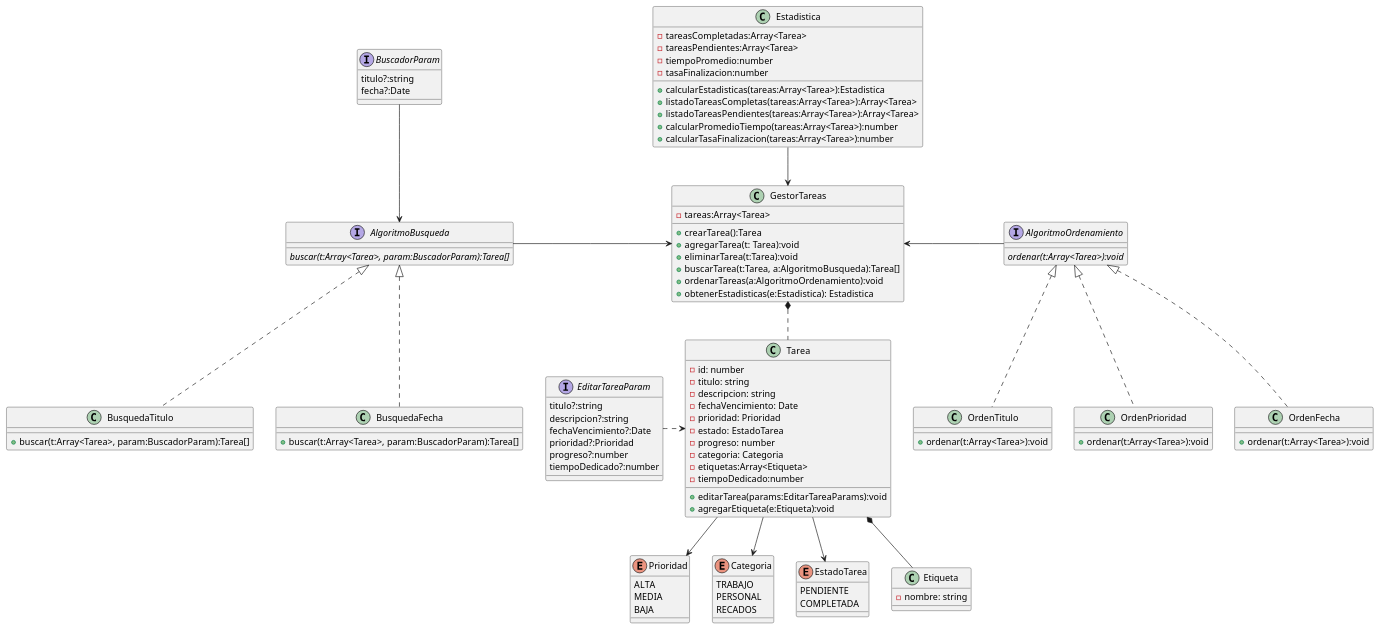
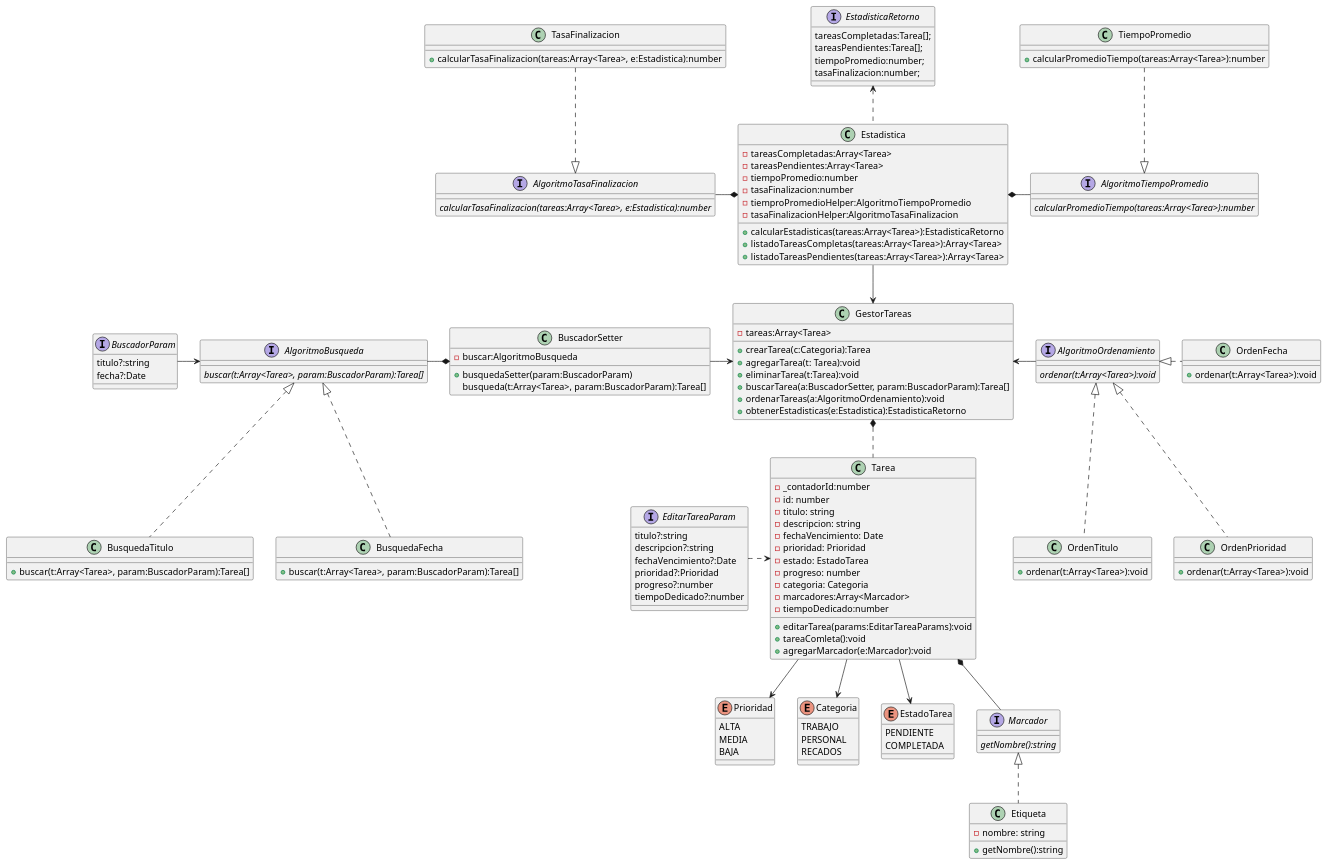
Before and after one commit to emmekka/todo_app: the diagram in docs/diagrama.puml, drawn with PlantUML. The commit also changed 15 other files, not shown here.

```diff
--- a/docs/diagrama.puml
+++ b/docs/diagrama.puml
@@ -1,117 +1,162 @@
 @startuml AppTareas
 
 enum Prioridad {
     ALTA
     MEDIA
     BAJA
 }
 
 enum Categoria {
     TRABAJO
     PERSONAL
     RECADOS
 }
 
 enum EstadoTarea {
     PENDIENTE
     COMPLETADA
 }
 
 interface EditarTareaParam {
     titulo?:string
     descripcion?:string
     fechaVencimiento?:Date
     prioridad?:Prioridad
     progreso?:number
     tiempoDedicado?:number
 }
 
+interface EstadisticaRetorno {
+    tareasCompletadas:Tarea[];
+    tareasPendientes:Tarea[];
+    tiempoPromedio:number;
+    tasaFinalizacion:number;
+}
+
 class Tarea {
+    -_contadorId:number
     -id: number
     -titulo: string
     -descripcion: string
     -fechaVencimiento: Date
     -prioridad: Prioridad
     -estado: EstadoTarea
     -progreso: number
     -categoria: Categoria
-    -etiquetas:Array<Etiqueta>
+    -marcadores:Array<Marcador>
     -tiempoDedicado:number
 
     +editarTarea(params:EditarTareaParams):void
-    +agregarEtiqueta(e:Etiqueta):void 
+    +tareaComleta():void
+    +agregarMarcador(e:Marcador):void 
 }
 
 
 class GestorTareas {
     -tareas:Array<Tarea>
 
-    +crearTarea():Tarea
+    +crearTarea(c:Categoria):Tarea
     +agregarTarea(t: Tarea):void
     +eliminarTarea(t:Tarea):void
-    +buscarTarea(t:Tarea, a:AlgoritmoBusqueda):Tarea[]
+    +buscarTarea(a:BuscadorSetter, param:BuscadorParam):Tarea[]
     +ordenarTareas(a:AlgoritmoOrdenamiento):void
-    +obtenerEstadisticas(e:Estadistica): Estadistica
+    +obtenerEstadisticas(e:Estadistica):EstadisticaRetorno
 }
 
 interface AlgoritmoBusqueda {
     <i>buscar(t:Array<Tarea>, param:BuscadorParam):Tarea[]
 }
 
 class BusquedaTitulo implements AlgoritmoBusqueda{
     +buscar(t:Array<Tarea>, param:BuscadorParam):Tarea[]
 }
 
 class BusquedaFecha implements AlgoritmoBusqueda{
     +buscar(t:Array<Tarea>, param:BuscadorParam):Tarea[]
 }
 
+class BuscadorSetter {
+    -buscar:AlgoritmoBusqueda
+
+    +busquedaSetter(param:BuscadorParam)
+    busqueda(t:Array<Tarea>, param:BuscadorParam):Tarea[]
+}
+
 interface BuscadorParam {
     titulo?:string
     fecha?:Date
 }
 
 interface AlgoritmoOrdenamiento {
     <i>ordenar(t:Array<Tarea>):void
 }
 
-class OrdenFecha implements AlgoritmoOrdenamiento{
+class OrdenFecha {
     +ordenar(t:Array<Tarea>):void
 }
 
 class OrdenTitulo implements AlgoritmoOrdenamiento{
     +ordenar(t:Array<Tarea>):void
 }
 
 class OrdenPrioridad implements AlgoritmoOrdenamiento{
     +ordenar(t:Array<Tarea>):void
 }
 
+interface Marcador {
+    <i>getNombre():string
+}
+
 class Etiqueta {
     -nombre: string
+    +getNombre():string
+}
+
+interface AlgoritmoTasaFinalizacion {
+    <i>calcularTasaFinalizacion(tareas:Array<Tarea>, e:Estadistica):number
+}
+
+class TasaFinalizacion  {
+    +calcularTasaFinalizacion(tareas:Array<Tarea>, e:Estadistica):number
+}
+
+interface AlgoritmoTiempoPromedio {
+    <i>calcularPromedioTiempo(tareas:Array<Tarea>):number
+}
+
+class TiempoPromedio  {
+    +calcularPromedioTiempo(tareas:Array<Tarea>):number
 }
 
 class Estadistica {
     -tareasCompletadas:Array<Tarea>
     -tareasPendientes:Array<Tarea>
     -tiempoPromedio:number
     -tasaFinalizacion:number
+    -tiemproPromedioHelper:AlgoritmoTiempoPromedio
+    -tasaFinalizacionHelper:AlgoritmoTasaFinalizacion
 
-    +calcularEstadisticas(tareas:Array<Tarea>):Estadistica
+    +calcularEstadisticas(tareas:Array<Tarea>):EstadisticaRetorno
     +listadoTareasCompletas(tareas:Array<Tarea>):Array<Tarea>
     +listadoTareasPendientes(tareas:Array<Tarea>):Array<Tarea>
-    +calcularPromedioTiempo(tareas:Array<Tarea>):number
-    +calcularTasaFinalizacion(tareas:Array<Tarea>):number
 }
 
 Tarea --> Categoria
-Tarea *-- Etiqueta
-GestorTareas *.. Tarea
-GestorTareas <--u Estadistica
+Tarea *-- Marcador
+Marcador <|.. Etiqueta
+GestorTareas *.d. Tarea
+GestorTareas <-u- Estadistica
+EstadisticaRetorno<.. Estadistica
+Estadistica*--l AlgoritmoTasaFinalizacion
+TasaFinalizacion ..|>AlgoritmoTasaFinalizacion
+Estadistica*--r AlgoritmoTiempoPromedio
+TiempoPromedio..|>AlgoritmoTiempoPromedio
 Tarea --> Prioridad
 Tarea --> EstadoTarea
 GestorTareas <---r AlgoritmoOrdenamiento
-GestorTareas <--l AlgoritmoBusqueda
+GestorTareas <---l BuscadorSetter
+BuscadorSetter *--l AlgoritmoBusqueda
 Tarea<..l EditarTareaParam
-BuscadorParam --> AlgoritmoBusqueda
+BuscadorParam -r-> AlgoritmoBusqueda
+AlgoritmoOrdenamiento <|.r.OrdenFecha
 @enduml
```
